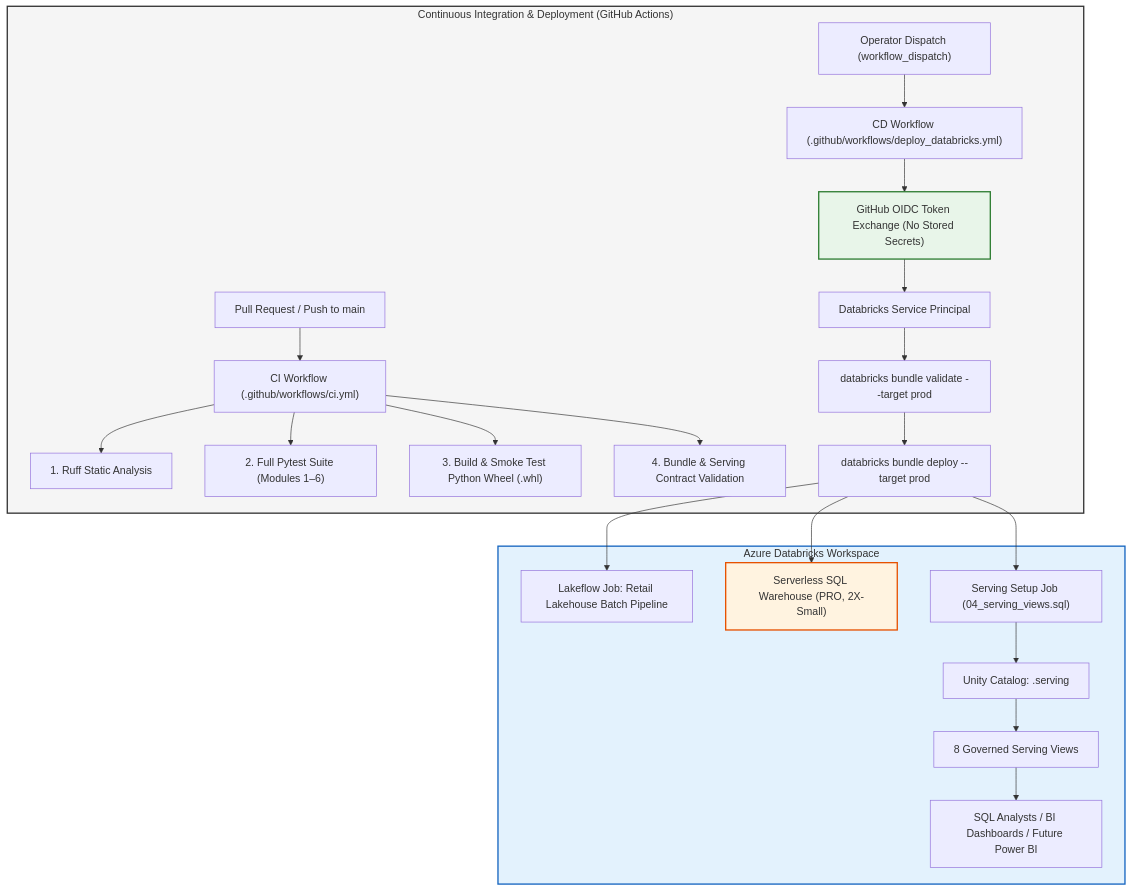
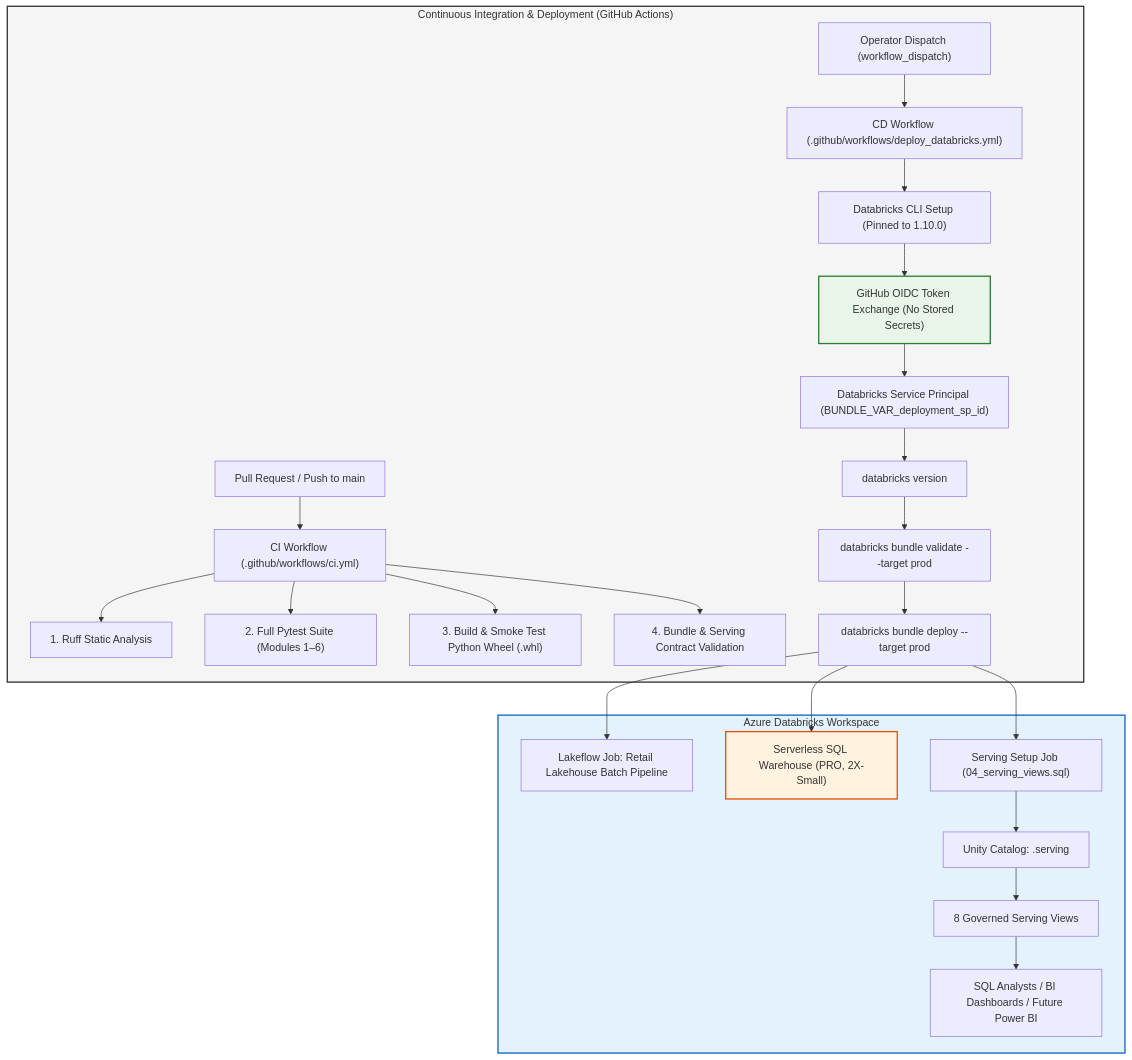
Before and after one commit to vijjureddy07/azure-lakehouse-data-platform: the diagram in docs/09_CICD_BUNDLES_SERVING.md, drawn with Mermaid. The commit also changed other lines of this file and 9 other files, not shown here.

Commit message:
fix(module6): harden bundle deployment and serving contracts

````diff
--- a/docs/09_CICD_BUNDLES_SERVING.md
+++ b/docs/09_CICD_BUNDLES_SERVING.md
@@ -19,31 +19,33 @@
 ```mermaid
 graph TD
     subgraph CI_CD["Continuous Integration & Deployment (GitHub Actions)"]
         PR["Pull Request / Push to main"] --> CI["CI Workflow (.github/workflows/ci.yml)"]
         CI --> Lint["1. Ruff Static Analysis"]
         CI --> Test["2. Full Pytest Suite (Modules 1–6)"]
         CI --> Wheel["3. Build & Smoke Test Python Wheel (.whl)"]
         CI --> BundleCheck["4. Bundle & Serving Contract Validation"]
         
         ManualTrigger["Operator Dispatch (workflow_dispatch)"] --> CD["CD Workflow (.github/workflows/deploy_databricks.yml)"]
-        CD --> OIDC["GitHub OIDC Token Exchange (No Stored Secrets)"]
-        OIDC --> SP["Databricks Service Principal"]
-        SP --> Validate["databricks bundle validate --target prod"]
+        CD --> CLIPin["Databricks CLI Setup (Pinned to 1.10.0)"]
+        CLIPin --> OIDC["GitHub OIDC Token Exchange (No Stored Secrets)"]
+        OIDC --> SP["Databricks Service Principal (BUNDLE_VAR_deployment_sp_id)"]
+        SP --> VersionCheck["databricks version"]
+        VersionCheck --> Validate["databricks bundle validate --target prod"]
         Validate --> Deploy["databricks bundle deploy --target prod"]
     end
 
     subgraph Databricks_Platform["Azure Databricks Workspace"]
         Deploy --> LakeflowJob["Lakeflow Job: Retail Lakehouse Batch Pipeline"]
         Deploy --> SQLWH["Serverless SQL Warehouse (PRO, 2X-Small)"]
         Deploy --> ServingJob["Serving Setup Job (04_serving_views.sql)"]
         
         ServingJob --> ServingSchema["Unity Catalog: <catalog>.serving"]
         ServingSchema --> Views["8 Governed Serving Views"]
         Views --> Consumers["SQL Analysts / BI Dashboards / Future Power BI"]
     end
 
     style CI_CD fill:#f5f5f5,stroke:#333,stroke-width:2px;
     style Databricks_Platform fill:#e3f2fd,stroke:#1565c0,stroke-width:2px;
     style OIDC fill:#e8f5e9,stroke:#2e7d32,stroke-width:2px;
     style SQLWH fill:#fff3e0,stroke:#e65100,stroke-width:2px;
 ```
````
